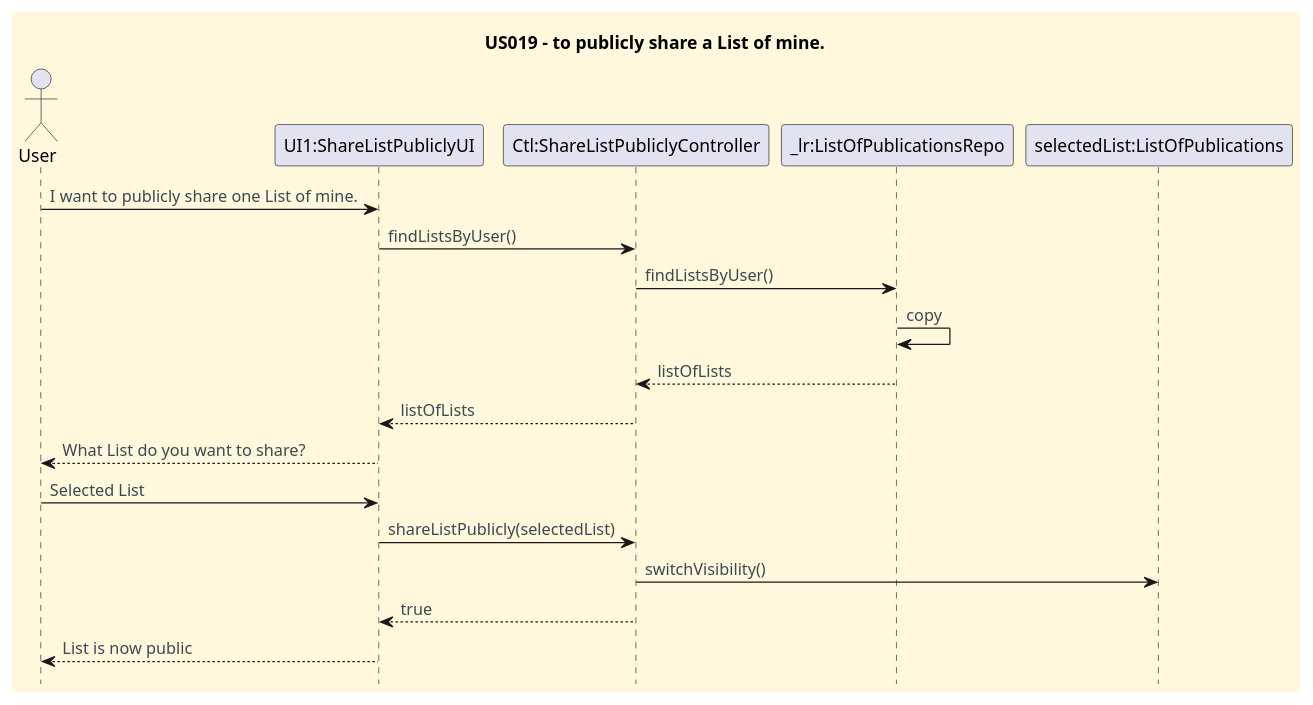
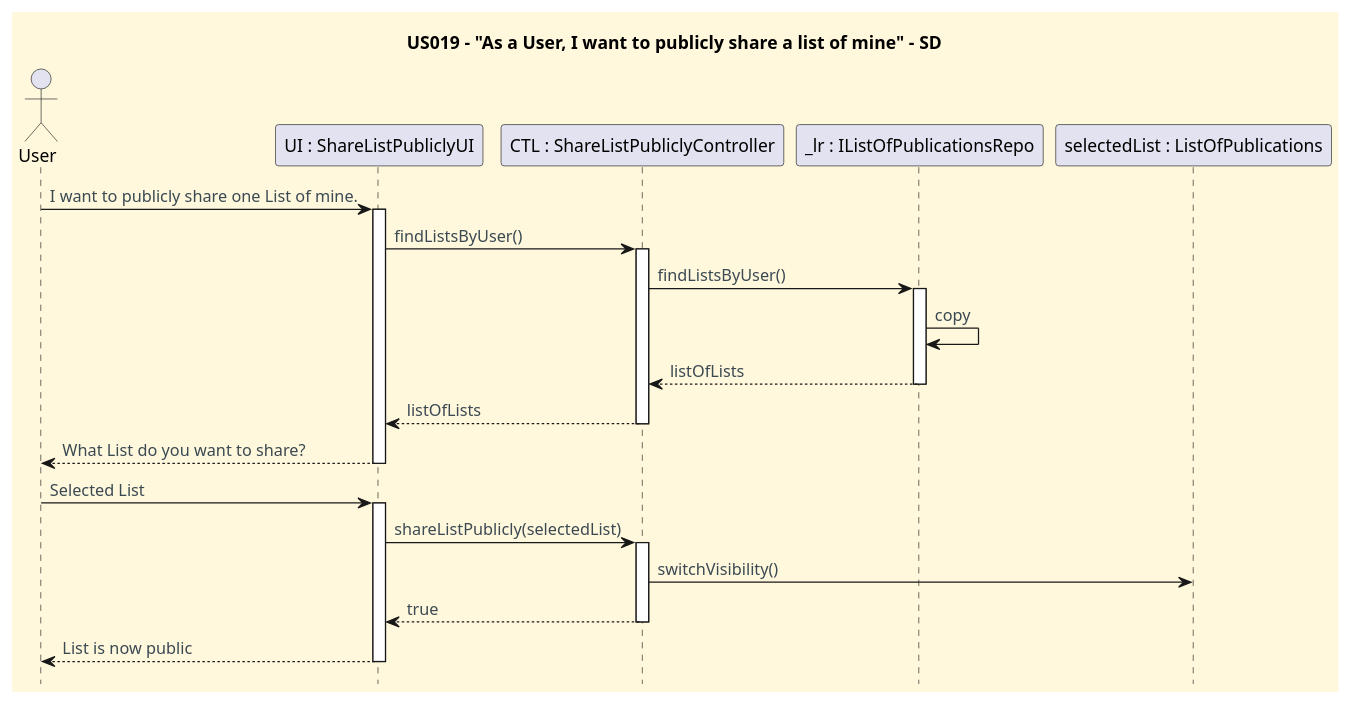
Before and after one commit to CarolinaLeite-collab/JavaMarketplacePlatform: the diagram in docs/userStories/US019/US019_to_publicly_share_a_list_SD.puml, drawn with PlantUML.

Commit message:
docs: Sequence diagram update, refs #369

```diff
--- a/docs/userStories/US019/US019_to_publicly_share_a_list_SD.puml
+++ b/docs/userStories/US019/US019_to_publicly_share_a_list_SD.puml
@@ -1,42 +1,50 @@
 @startuml
 'https://plantuml.com/sequence-diagram
 hide footbox
-title US019 - to publicly share a List of mine.
+title US019 - "As a User, I want to publicly share a list of mine" - SD
 
 
 '==== basic style ====
 skinparam monochrome false
 skinparam shadowing false
 skinparam defaultFontName Futura
 skinparam objectFontSize 20
 skinparam backgroundColor CornSilk
 skinparam objectBackgroundColor WhiteSmoke
 skinparam noteBackgroundColor #FFFFE0
 skinparam ArrowFontColor #3B4953
 skinparam ActivationBackgroundColor black
 
 
 actor User
-participant "UI1:ShareListPubliclyUI"
-participant "Ctl:ShareListPubliclyController"
-participant "_lr:ListOfPublicationsRepo"
-participant "selectedList:ListOfPublications"
+participant "UI : ShareListPubliclyUI" as UI
+participant "CTL : ShareListPubliclyController" as CTL
+participant "_lr : IListOfPublicationsRepo" as LPR
+participant "selectedList : ListOfPublications" as SLP
 
 
-User -> "UI1:ShareListPubliclyUI" : I want to publicly share one List of mine.
-"UI1:ShareListPubliclyUI" -> "Ctl:ShareListPubliclyController" : findListsByUser()
-"Ctl:ShareListPubliclyController" -> "_lr:ListOfPublicationsRepo" : findListsByUser()
-"_lr:ListOfPublicationsRepo" -> "_lr:ListOfPublicationsRepo" : copy
-"_lr:ListOfPublicationsRepo" --> "Ctl:ShareListPubliclyController" : listOfLists
-"Ctl:ShareListPubliclyController" --> "UI1:ShareListPubliclyUI" : listOfLists
-"UI1:ShareListPubliclyUI" --> User : What List do you want to share?
-User -> "UI1:ShareListPubliclyUI" : Selected List
-"UI1:ShareListPubliclyUI" -> "Ctl:ShareListPubliclyController" : shareListPublicly(selectedList)
-"Ctl:ShareListPubliclyController" -> "selectedList:ListOfPublications" : switchVisibility()
-"Ctl:ShareListPubliclyController" --> "UI1:ShareListPubliclyUI" : true
-"UI1:ShareListPubliclyUI" --> User : List is now public
-
-
+User -> UI : I want to publicly share one List of mine.
+activate UI
+UI -> CTL : findListsByUser()
+activate CTL
+CTL -> LPR : findListsByUser()
+activate LPR
+LPR -> LPR : copy
+LPR --> CTL : listOfLists
+deactivate LPR
+CTL --> UI : listOfLists
+deactivate CTL
+UI --> User : What List do you want to share?
+deactivate UI
+User -> UI : Selected List
+activate UI
+UI -> CTL : shareListPublicly(selectedList)
+activate CTL
+CTL -> SLP : switchVisibility()
+CTL --> UI : true
+deactivate CTL
+UI --> User : List is now public
+deactivate UI
 
 
 @enduml
```
